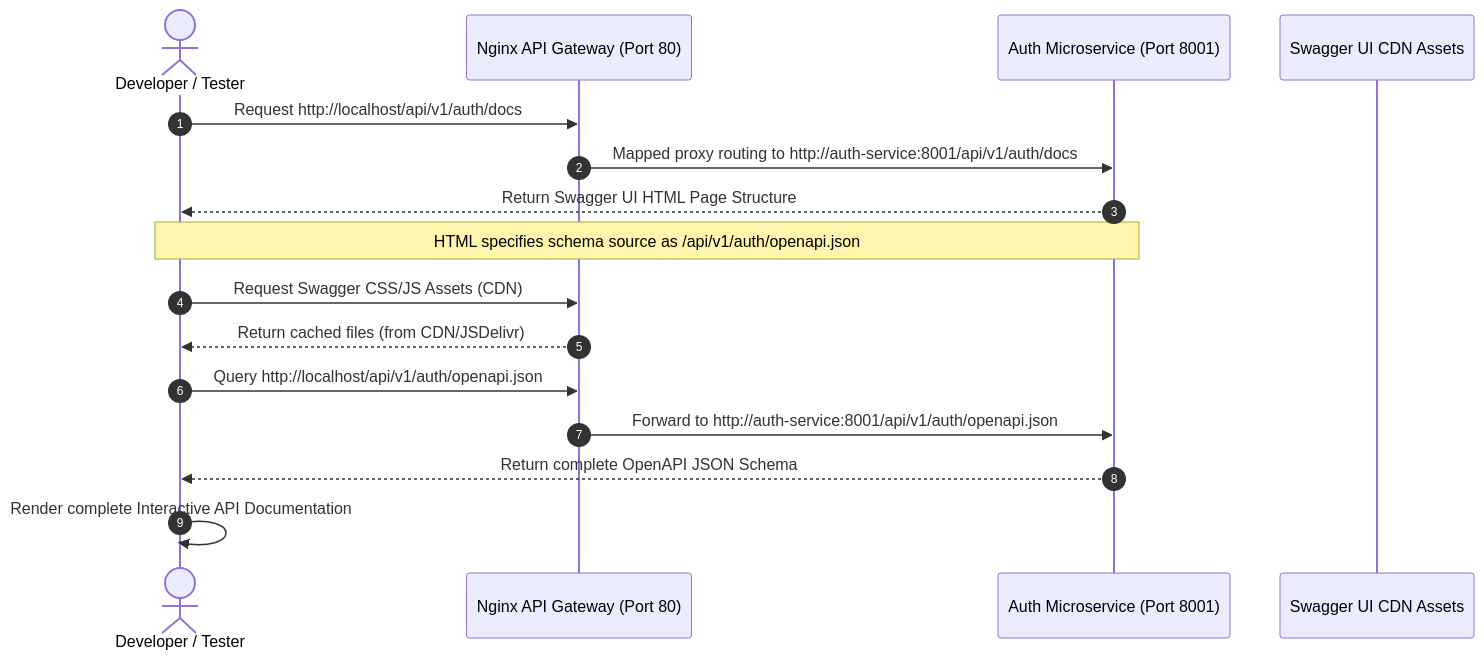
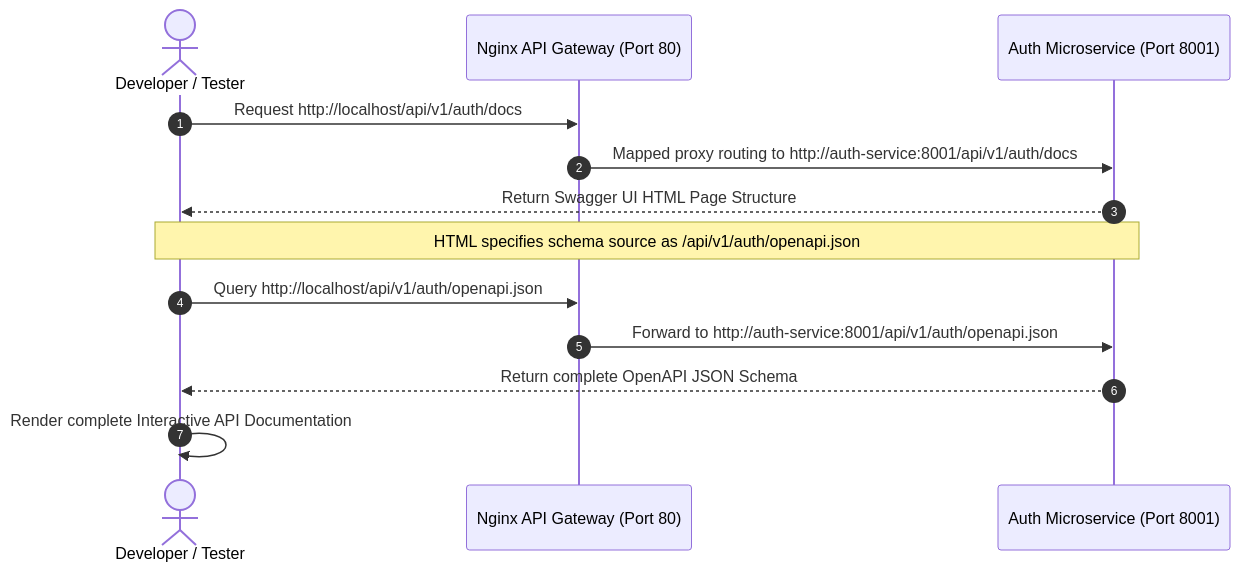
One commit to Seplestr/hospital-management-system changed the fourth of 4 diagrams in SYSTEM_ARCHITECTURE.md. Above: the diagram before and after it, drawn with Mermaid. The commit also changed other lines of this file, not shown here.

Commit message:
docs: Upgrade SYSTEM_ARCHITECTURE.md to enterprise-grade system specification

````diff
--- a/SYSTEM_ARCHITECTURE.md
+++ b/SYSTEM_ARCHITECTURE.md
@@ -248,19 +220,16 @@
 ```mermaid
 sequenceDiagram
     autonumber
     actor Dev as Developer / Tester
     participant Proxy as Nginx API Gateway (Port 80)
     participant Auth as Auth Microservice (Port 8001)
-    participant SwaggerCDN as Swagger UI CDN Assets
 
     Dev->>Proxy: Request http://localhost/api/v1/auth/docs
     Proxy->>Auth: Mapped proxy routing to http://auth-service:8001/api/v1/auth/docs
     Auth-->>Dev: Return Swagger UI HTML Page Structure
     Note over Dev, Auth: HTML specifies schema source as /api/v1/auth/openapi.json
-    Dev->>Proxy: Request Swagger CSS/JS Assets (CDN)
-    Proxy-->>Dev: Return cached files (from CDN/JSDelivr)
     Dev->>Proxy: Query http://localhost/api/v1/auth/openapi.json
     Proxy->>Auth: Forward to http://auth-service:8001/api/v1/auth/openapi.json
     Auth-->>Dev: Return complete OpenAPI JSON Schema
     Dev->>Dev: Render complete Interactive API Documentation
 ```
````
